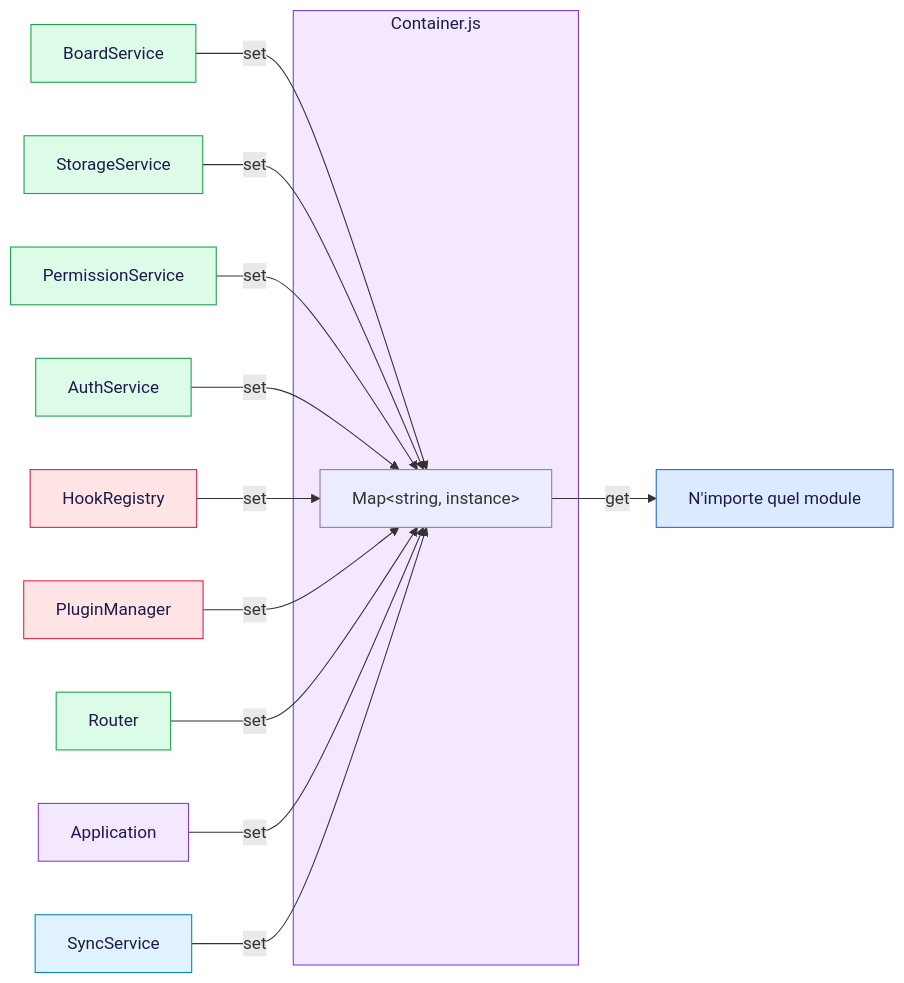
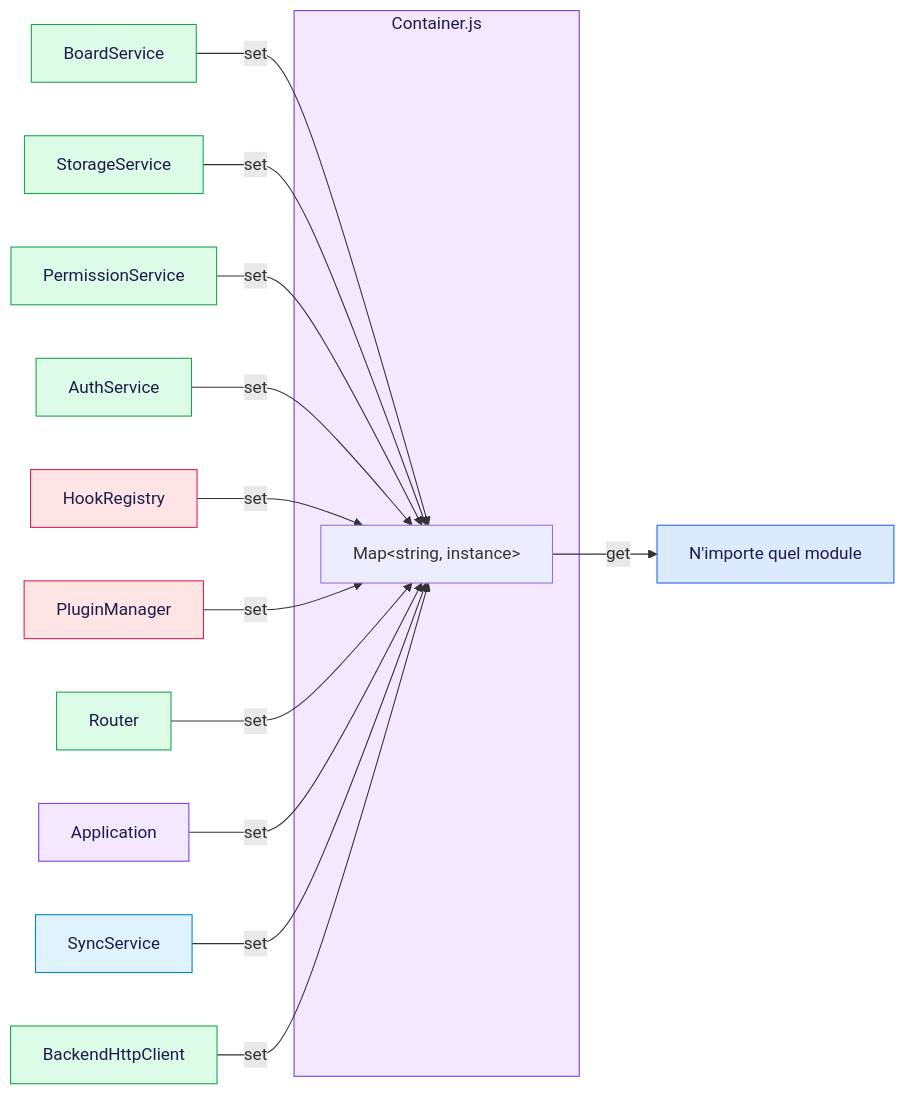
One commit to deljdlx/kanban changed the third of 4 diagrams in frontend/docs/ARCHITECTURE.md. Above: the diagram before and after it, drawn with Mermaid. The commit also changed other lines of this file and 51 other files, not shown here.

````diff
--- a/frontend/docs/ARCHITECTURE.md
+++ b/frontend/docs/ARCHITECTURE.md
@@ -168,31 +172,33 @@
 ```mermaid
 %%{init: {'theme': 'default'}}%%
 graph LR
     subgraph Container["Container.js"]
         style Container fill:#f3e8ff,stroke:#7c3aed,color:#1e1b4b
         MAP["Map&lt;string, instance&gt;"]
     end
 
     BS["BoardService"] -->|set| MAP
     SS["StorageService"] -->|set| MAP
     PS["PermissionService"] -->|set| MAP
     AUS["AuthService"] -->|set| MAP
     HR["HookRegistry"] -->|set| MAP
     PM["PluginManager"] -->|set| MAP
     RT["Router"] -->|set| MAP
     APP["Application"] -->|set| MAP
     SYNC["SyncService"] -->|set| MAP
+    HTTP["BackendHttpClient"] -->|set| MAP
 
     MAP -->|get| CONSUMER["N'importe quel module"]
 
     style BS fill:#dcfce7,stroke:#16a34a,color:#1e1b4b
     style SS fill:#dcfce7,stroke:#16a34a,color:#1e1b4b
     style PS fill:#dcfce7,stroke:#16a34a,color:#1e1b4b
     style AUS fill:#dcfce7,stroke:#16a34a,color:#1e1b4b
     style HR fill:#ffe4e6,stroke:#e11d48,color:#1e1b4b
     style PM fill:#ffe4e6,stroke:#e11d48,color:#1e1b4b
     style RT fill:#dcfce7,stroke:#16a34a,color:#1e1b4b
     style APP fill:#f3e8ff,stroke:#7c3aed,color:#1e1b4b
     style SYNC fill:#e0f2fe,stroke:#0284c7,color:#1e1b4b
+    style HTTP fill:#dcfce7,stroke:#16a34a,color:#1e1b4b
     style CONSUMER fill:#dbeafe,stroke:#2563eb,color:#1e1b4b
 ```
````
